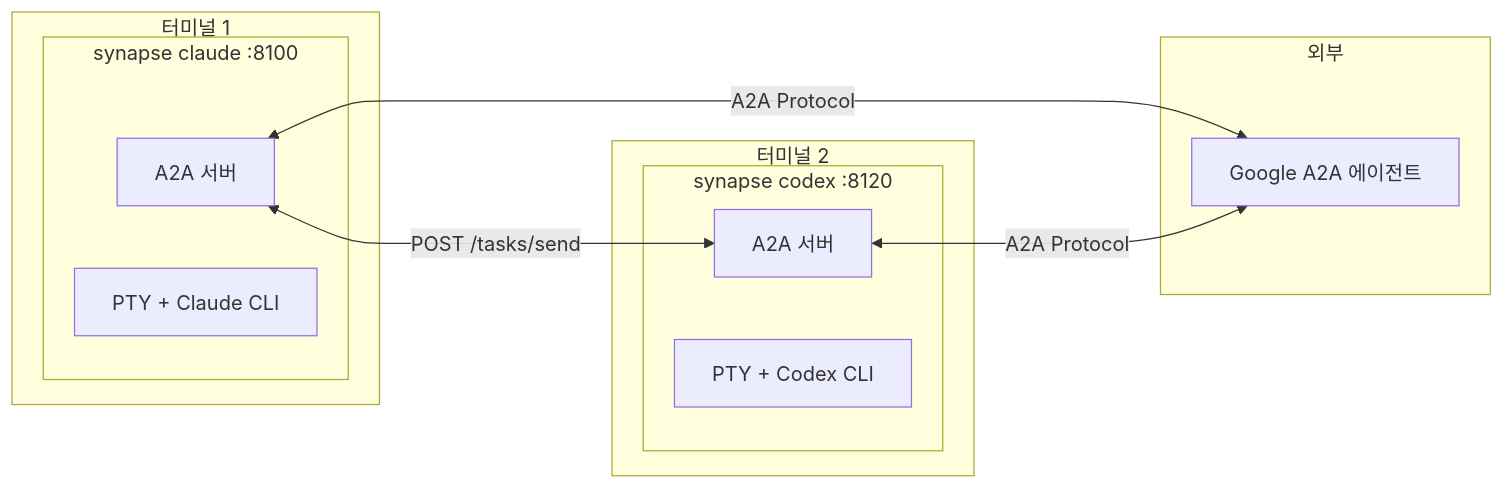
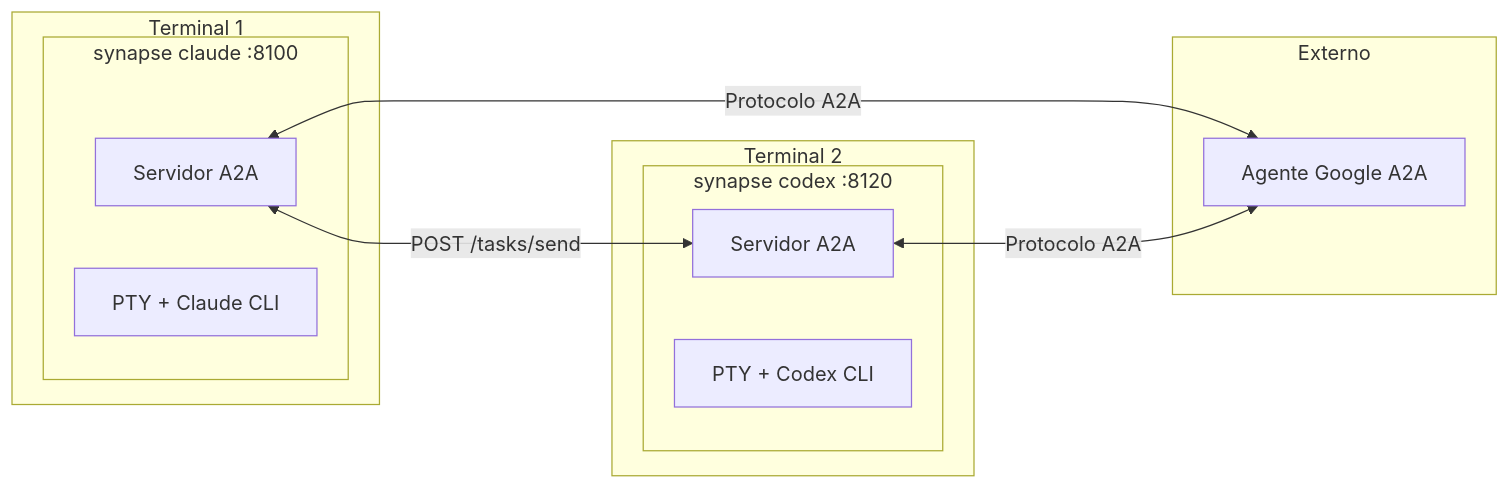
Before and after one commit to s-hiraoku/synapse-a2a: the first of 5 diagrams in README.ko.md, drawn with Mermaid. The commit also changed other lines of this file and 1 other file, not shown here.

````diff
--- a/README.ko.md
+++ b/README.ko.md
@@ -32,22 +32,22 @@
 ```mermaid
 flowchart LR
-    subgraph Terminal1["터미널 1"]
+    subgraph Terminal1["Terminal 1"]
         subgraph Agent1["synapse claude :8100"]
-            Server1["A2A 서버"]
+            Server1["Servidor A2A"]
             PTY1["PTY + Claude CLI"]
         end
     end
-    subgraph Terminal2["터미널 2"]
+    subgraph Terminal2["Terminal 2"]
         subgraph Agent2["synapse codex :8120"]
-            Server2["A2A 서버"]
+            Server2["Servidor A2A"]
             PTY2["PTY + Codex CLI"]
         end
     end
-    subgraph External["외부"]
-        ExtAgent["Google A2A 에이전트"]
+    subgraph External["Externo"]
+        ExtAgent["Agente Google A2A"]
     end
 
     Server1 <-->|"POST /tasks/send"| Server2
-    Server1 <-->|"A2A Protocol"| ExtAgent
-    Server2 <-->|"A2A Protocol"| ExtAgent
+    Server1 <-->|"Protocolo A2A"| ExtAgent
+    Server2 <-->|"Protocolo A2A"| ExtAgent
 ```
````
